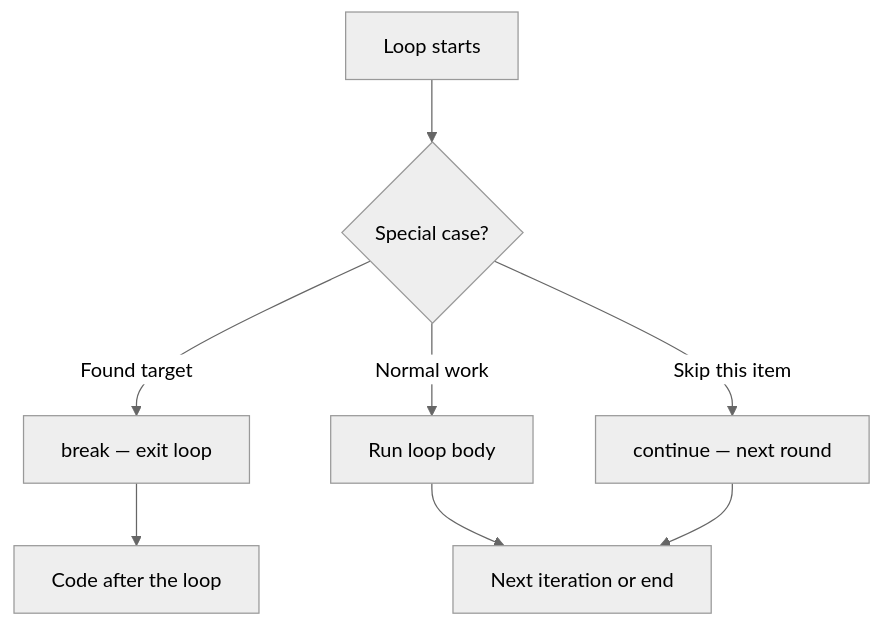
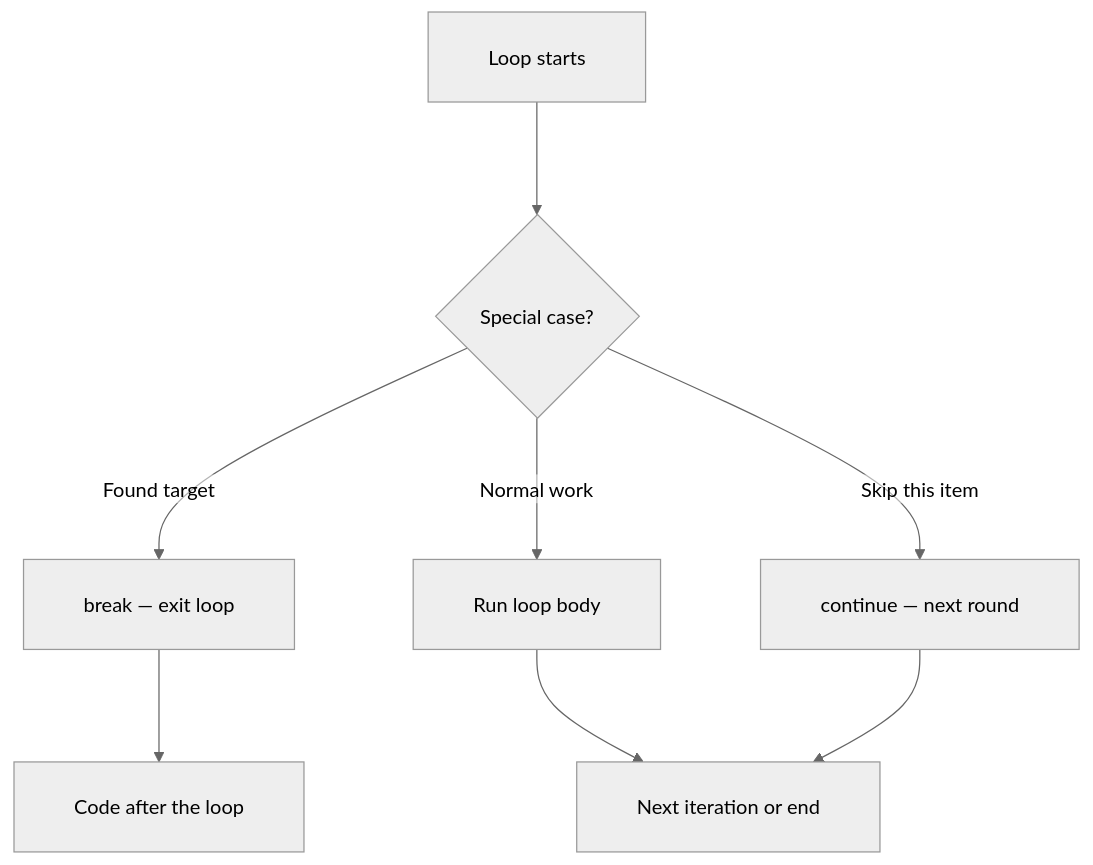
The first of 6 diagrams in SAL-2026/Python Basics - English/S04/NotesPresentation.md (ABVenu/salcurriculum), drawn with Mermaid (neutral theme) before and after one commit. The commit also changed other lines of this file and 820 other files, not shown here.

````diff
--- a/SAL-2026/Python Basics - English/S04/NotesPresentation.md
+++ b/SAL-2026/Python Basics - English/S04/NotesPresentation.md
@@ -28,10 +261,11 @@
 ```mermaid
+%%{init: {"flowchart": {"htmlLabels": false, "curve": "basis", "padding": 24, "nodeSpacing": 80, "rankSpacing": 90, "diagramPadding": 48}}}%%
 flowchart TB
-    A[Loop starts] --> B{Special case?}
-    B -->|Found target| C[break — exit loop]
-    B -->|Skip this item| D[continue — next round]
-    B -->|Normal work| E[Run loop body]
-    E --> F[Next iteration or end]
+    A["  Loop starts  "] --> B{"  Special case?  "}
+    B -->|"  Found target  "| C["  break — exit loop  "]
+    B -->|"  Skip this item  "| D["  continue — next round  "]
+    B -->|"  Normal work  "| E["  Run loop body  "]
+    E --> F["  Next iteration or end  "]
     D --> F
-    C --> G[Code after the loop]
+    C --> G["  Code after the loop  "]
 ```
````
